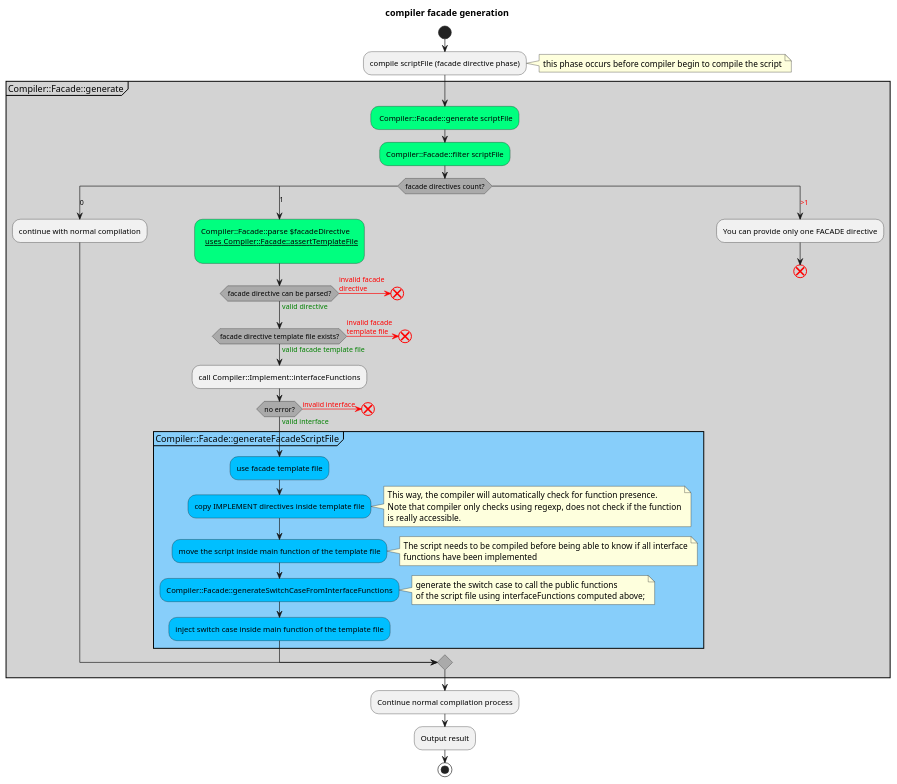
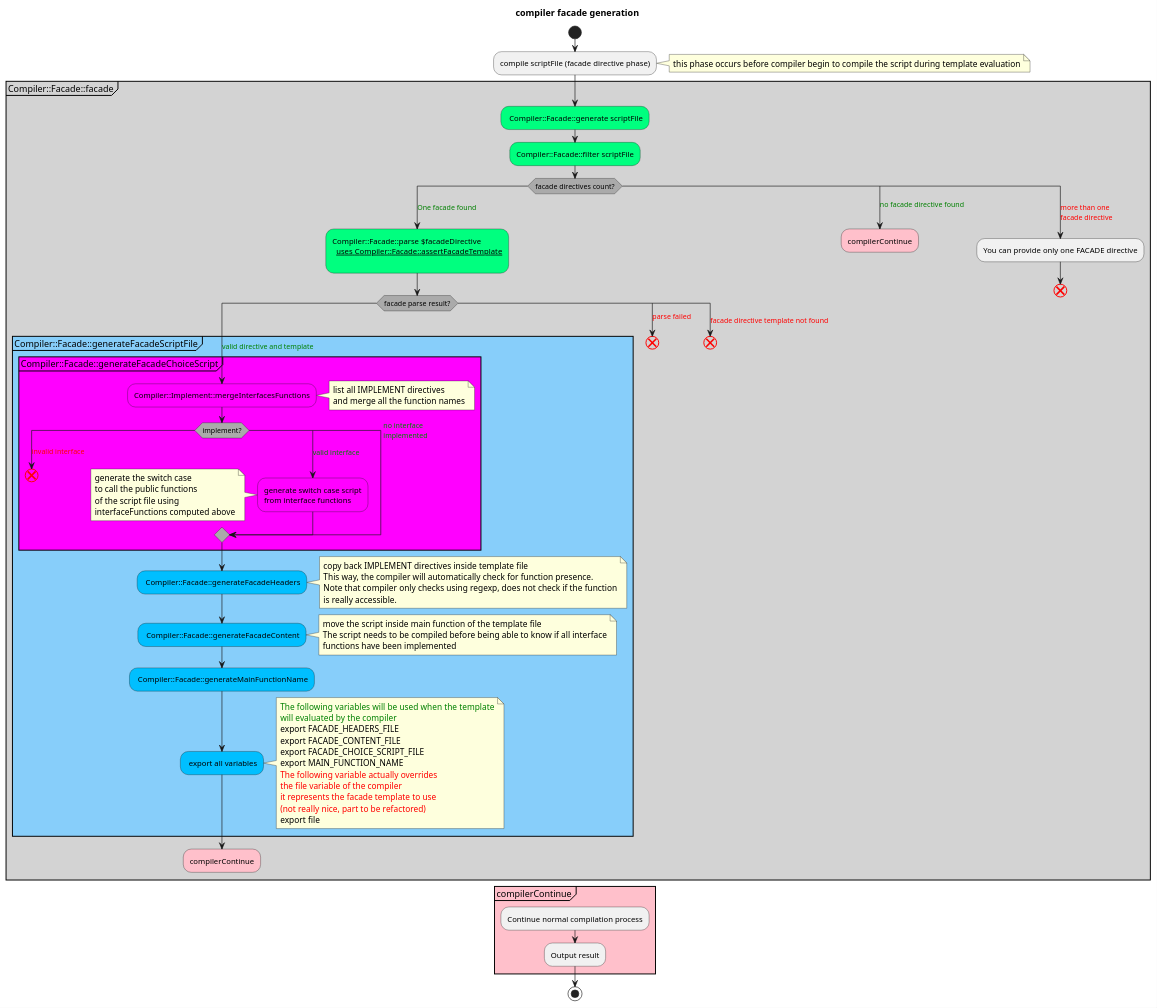
The diagram in src/Compiler/Facade/activityDiagram.puml (fchastanet/bash-tools-framework), drawn with PlantUML before and after one commit. The commit also changed 3 other files, not shown here.

Commit message:
updated Facade activity diagram

```diff
--- a/src/Compiler/Facade/activityDiagram.puml
+++ b/src/Compiler/Facade/activityDiagram.puml
@@ -1,81 +1,110 @@
 @startuml "compilerFacadeDirective"
 title compiler facade generation
 skinparam {
   ' https://github.com/plantuml/plantuml/blob/49115dfc7d4156961e5b49a81c09b474daa79823/src/net/sourceforge/plantuml/style/FromSkinparamToStyle.java#L145
   activityDiamondBackgroundColor #AAAAAA
   activityEndColor #red
 }
+
 start
 
 :compile scriptFile (facade directive phase);
-note right: this phase occurs before compiler begin to compile the script
+note right: this phase occurs before compiler begin to compile the script during template evaluation
 
-partition Compiler::Facade::generate #LightGray {
+partition Compiler::Facade::facade #LightGray {
 
   #SpringGreen: Compiler::Facade::generate scriptFile;
 
   #SpringGreen:Compiler::Facade::filter scriptFile;
   switch (facade directives count?)
-  case (0)
-    -[#green]->
-    :continue with normal compilation;
-  case (1)
+  case (<color:green>One facade found)
     -[#green]->
     #SpringGreen:Compiler::Facade::parse $facadeDirective
-      ~~uses Compiler::Facade::assertTemplateFile~~
+      ~~uses Compiler::Facade::assertFacadeTemplate~~
     ;
-    if (facade directive can be parsed?) is (<color:green>valid directive) then
-      -[#green]->
-    else (<color:red>invalid facade\n<color:red>directive)
+    switch (facade parse result?)
+    case (<color:green>valid directive and template)
+      partition Compiler::Facade::generateFacadeScriptFile #LightSkyBlue {
+        partition Compiler::Facade::generateFacadeChoiceScript #Magenta {
+          #Magenta:Compiler::Implement::mergeInterfacesFunctions;
+          note right
+            list all IMPLEMENT directives
+            and merge all the function names
+          endnote
+          switch (implement?)
+          case (<color:red>invalid interface)
+            -[#red]->
+            end
+          case (<color:green>valid interface)
+            -[#green]->
+            #Magenta:generate switch case script\nfrom interface functions;
+            note left
+              generate the switch case
+              to call the public functions
+              of the script file using
+              interfaceFunctions computed above
+            endnote
+          case (<color:green>no interface\n<color:green>implemented)
+            -[#green]->
+          endswitch
+        }
+
+        #DeepSkyBlue: Compiler::Facade::generateFacadeHeaders;
+        note right
+          copy back IMPLEMENT directives inside template file
+          This way, the compiler will automatically check for function presence.
+          Note that compiler only checks using regexp, does not check if the function
+          is really accessible.
+        endnote
+
+        #DeepSkyBlue: Compiler::Facade::generateFacadeContent;
+        note right
+          move the script inside main function of the template file
+          The script needs to be compiled before being able to know if all interface
+          functions have been implemented
+        endnote
+
+        #DeepSkyBlue: Compiler::Facade::generateMainFunctionName;
+
+        #DeepSkyBlue: export all variables;
+        note right
+          <color:green>The following variables will be used when the template
+          <color:green>will evaluated by the compiler
+          export FACADE_HEADERS_FILE
+          export FACADE_CONTENT_FILE
+          export FACADE_CHOICE_SCRIPT_FILE
+          export MAIN_FUNCTION_NAME
+          <color:red>The following variable actually overrides
+          <color:red>the file variable of the compiler
+          <color:red>it represents the facade template to use
+          <color:red>(not really nice, part to be refactored)
+          export file
+        endnote
+      }
+      #pink:compilerContinue;
+      detach
+    case (<color:red>parse failed)
       -[#red]->
       end
-    endif
-    if (facade directive template file exists?) is (<color:green>valid facade template file) then
-      -[#green]->
-    else (<color:red>invalid facade\n<color:red>template file)
+    case (<color:red>facade directive template not found)
       -[#red]->
       end
-    endif
-
-    :call Compiler::Implement::interfaceFunctions;
-    if (no error?) is (<color:green>valid interface) then
-      -[#green]->
-    else (<color:red>invalid interface)
-      -[#red]->
-      end
-    endif
-
-    partition Compiler::Facade::generateFacadeScriptFile #LightSkyBlue {
-      #DeepSkyBlue:use facade template file;
-      #DeepSkyBlue:copy IMPLEMENT directives inside template file;
-      note right
-        This way, the compiler will automatically check for function presence.
-        Note that compiler only checks using regexp, does not check if the function
-        is really accessible.
-      endnote
-      #DeepSkyBlue:move the script inside main function of the template file;
-      note right
-        The script needs to be compiled before being able to know if all interface
-        functions have been implemented
-      endnote
-      #DeepSkyBlue:Compiler::Facade::generateSwitchCaseFromInterfaceFunctions;
-      note right
-        generate the switch case to call the public functions
-        of the script file using interfaceFunctions computed above;
-      endnote
-      #DeepSkyBlue:inject switch case inside main function of the template file;
-    }
-  case(<color:red>>1)
+    endswitch
+  case (<color:green>no facade directive found)
+    #pink:compilerContinue;
+    detach
+  case(<color:red>more than one\n<color:red>facade directive)
     -[#red]->
     :You can provide only one FACADE directive;
     end
   endswitch
 
 }
 
-:Continue normal compilation process;
-
-:Output result;
+partition "compilerContinue" #pink {
+  :Continue normal compilation process;
+  :Output result;
+}
 
 stop
 @enduml
```
